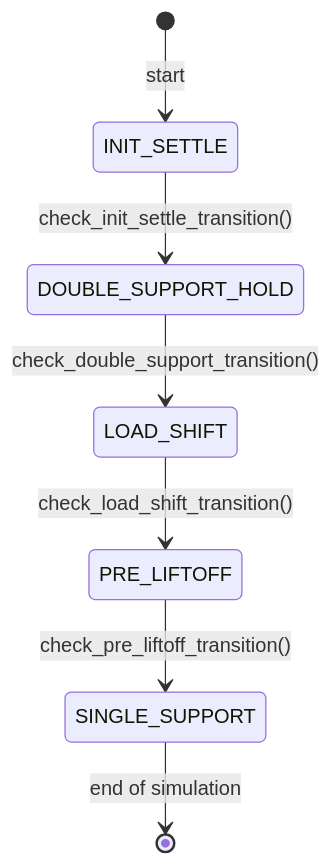
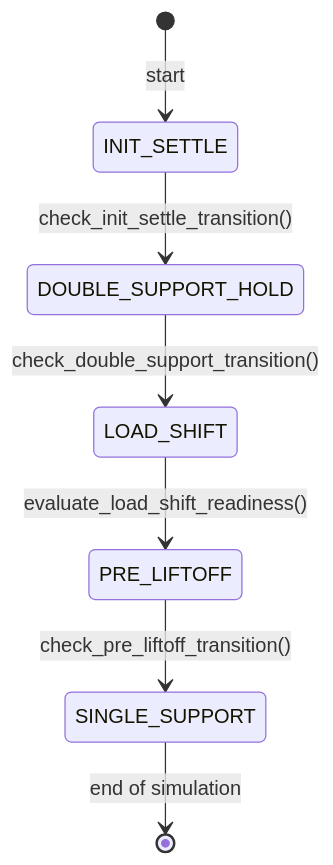
Before and after one commit to guisongchen/motion-control-101: the second of 5 diagrams in single_leg_stand/flowmap.md, drawn with Mermaid. The commit also changed 4 other files, not shown here.

````diff
--- a/single_leg_stand/flowmap.md
+++ b/single_leg_stand/flowmap.md
@@ -64,9 +64,9 @@
 ```mermaid
 stateDiagram-v2
     [*] --> INIT_SETTLE : start
     INIT_SETTLE --> DOUBLE_SUPPORT_HOLD : check_init_settle_transition()
     DOUBLE_SUPPORT_HOLD --> LOAD_SHIFT : check_double_support_transition()
-    LOAD_SHIFT --> PRE_LIFTOFF : check_load_shift_transition()
+    LOAD_SHIFT --> PRE_LIFTOFF : evaluate_load_shift_readiness()
     PRE_LIFTOFF --> SINGLE_SUPPORT : check_pre_liftoff_transition()
     SINGLE_SUPPORT --> [*] : end of simulation
 ```
````
